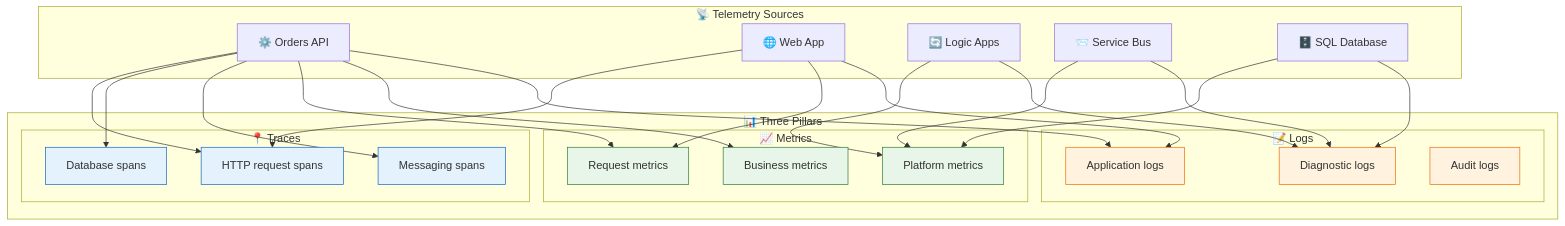
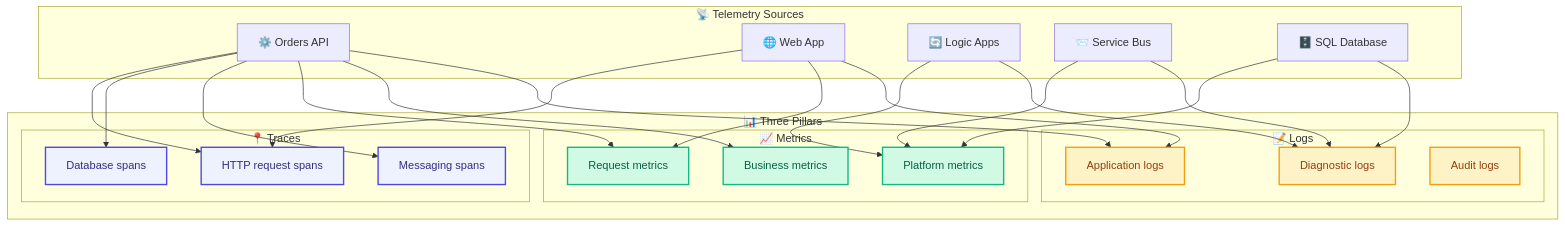
The seventh of 9 diagrams in docs/architecture/02-data-architecture.md (Evilazaro/Azure-LogicApps-Monitoring), drawn with Mermaid before and after one commit. The commit also changed other lines of this file and 4 other files, not shown here.

Commit message:
feat(docs): Enhance architecture documentation with detailed diagrams and modern color palette

````diff
--- a/docs/architecture/02-data-architecture.md
+++ b/docs/architecture/02-data-architecture.md
@@ -313,44 +322,47 @@
 ```mermaid
 flowchart TB
+    %% Telemetry-to-Source Mapping - Shows which sources emit which pillar data
     subgraph Sources["📡 Telemetry Sources"]
         API["⚙️ Orders API"]
         Web["🌐 Web App"]
         LA["🔄 Logic Apps"]
         SB["📨 Service Bus"]
         SQL["🗄️ SQL Database"]
     end
 
     subgraph Pillars["📊 Three Pillars"]
         subgraph Traces["📍 Traces"]
             T1["HTTP request spans"]
             T2["Database spans"]
             T3["Messaging spans"]
         end
 
         subgraph Metrics["📈 Metrics"]
             M1["Request metrics"]
             M2["Business metrics"]
             M3["Platform metrics"]
         end
 
         subgraph Logs["📝 Logs"]
             L1["Application logs"]
             L2["Diagnostic logs"]
             L3["Audit logs"]
         end
     end
 
+    %% Source to pillar mappings
     API --> T1 & T2 & T3 & M1 & M2 & L1
     Web --> T1 & M1 & L1
     LA --> M3 & L2
     SB --> M3 & L2
     SQL --> M3 & L2
 
-    classDef trace fill:#e3f2fd,stroke:#1565c0
-    classDef metric fill:#e8f5e9,stroke:#2e7d32
-    classDef log fill:#fff3e0,stroke:#ef6c00
+    %% Modern color palette - WCAG AA compliant
+    classDef trace fill:#EEF2FF,stroke:#4F46E5,stroke-width:2px,color:#312E81
+    classDef metric fill:#D1FAE5,stroke:#10B981,stroke-width:2px,color:#065F46
+    classDef log fill:#FEF3C7,stroke:#F59E0B,stroke-width:2px,color:#92400E
 
     class T1,T2,T3 trace
     class M1,M2,M3 metric
     class L1,L2,L3 log
 ```
````
